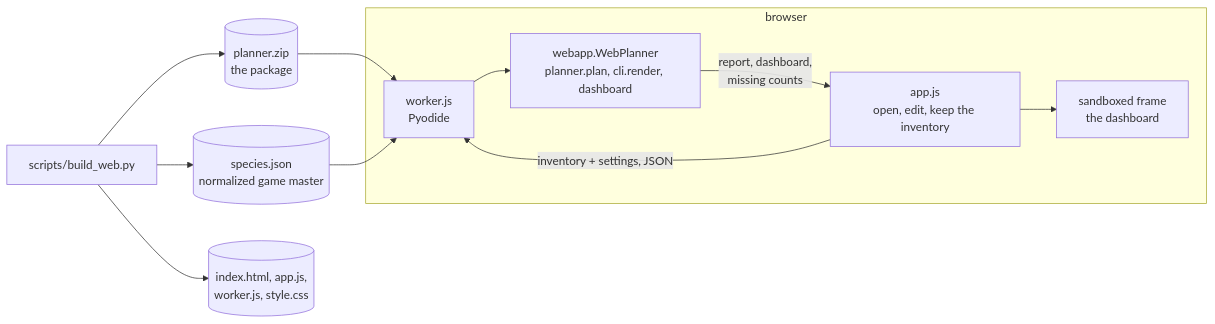
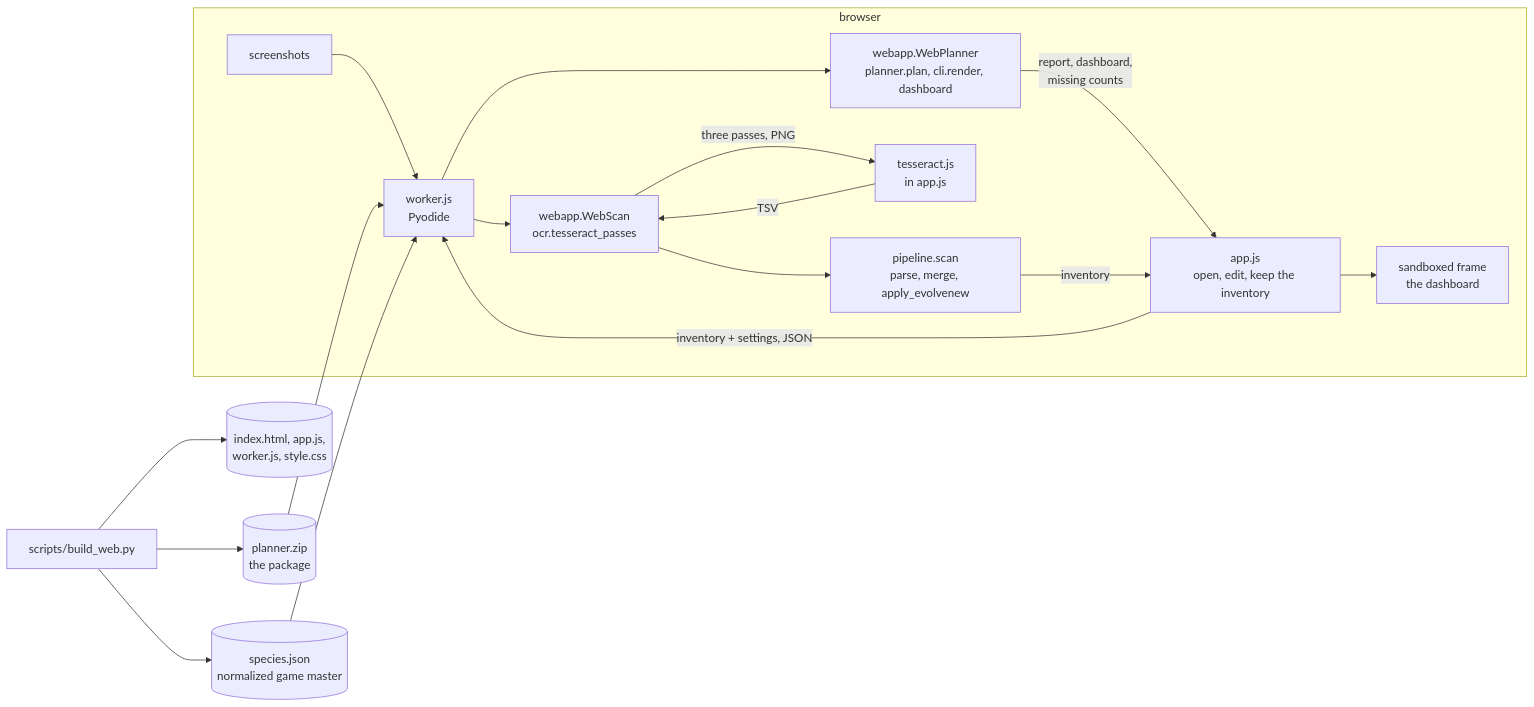
One commit to kaustubhagarwal18/pogo-evo-planner changed the sixth of 6 diagrams in docs/ARCHITECTURE.md. Above: the diagram before and after it, drawn with Mermaid. The commit also changed other lines of this file and 13 other files, not shown here.

````diff
--- a/docs/ARCHITECTURE.md
+++ b/docs/ARCHITECTURE.md
@@ -300,14 +300,20 @@
 ```mermaid
 flowchart LR
     B[scripts/build_web.py] --> Z[(planner.zip<br/>the package)]
     B --> SJ[(species.json<br/>normalized game master)]
     B --> W[(index.html, app.js,<br/>worker.js, style.css)]
     subgraph browser["browser"]
         A[app.js<br/>open, edit, keep the inventory] -->|inventory + settings, JSON| K[worker.js<br/>Pyodide]
         K --> WP[webapp.WebPlanner<br/>planner.plan, cli.render, dashboard]
         WP -->|report, dashboard,<br/>missing counts| A
         A --> F[sandboxed frame<br/>the dashboard]
+        S[screenshots] --> K
+        K --> WS[webapp.WebScan<br/>ocr.tesseract_passes]
+        WS -->|three passes, PNG| T[tesseract.js<br/>in app.js]
+        T -->|TSV| WS
+        WS --> SP[pipeline.scan<br/>parse, merge, apply_evolvenew]
+        SP -->|inventory| A
     end
     Z --> K
     SJ --> K
 ```
````
